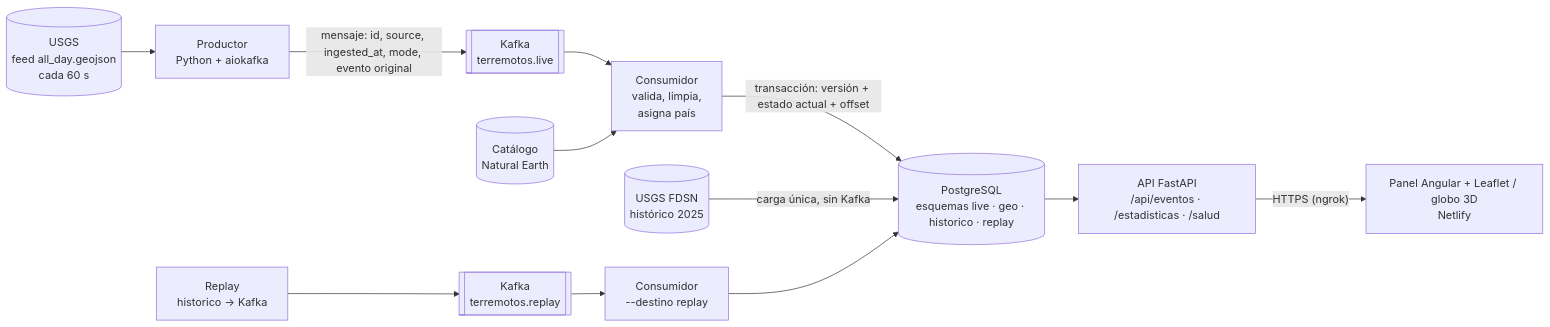
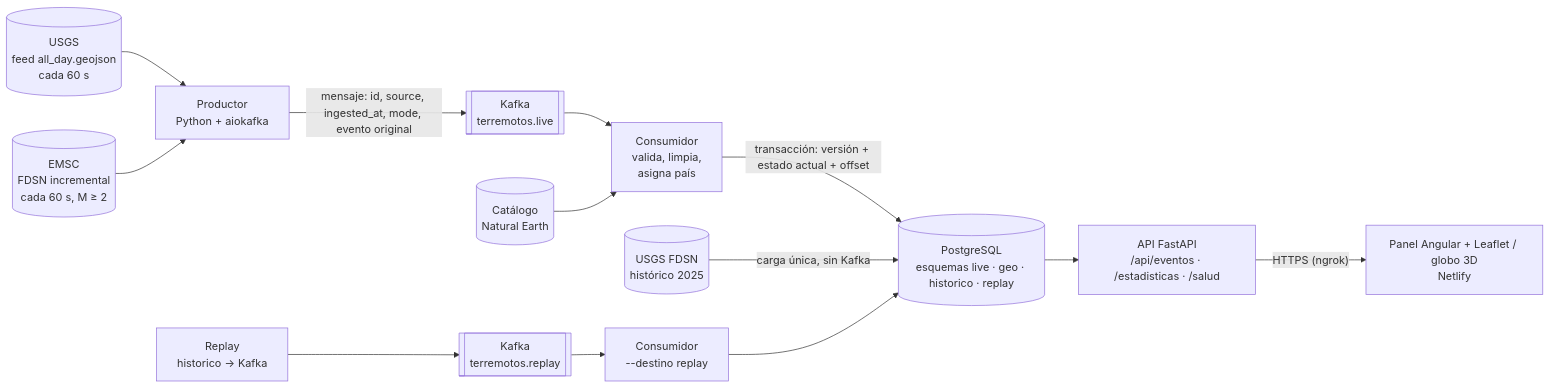
Before and after one commit to guilleodev/observatorio-sismico: the first of 3 diagrams in docs/entrega/memoria.md, drawn with Mermaid. The commit also changed other lines of this file and 49 other files, not shown here.

````diff
--- a/docs/entrega/memoria.md
+++ b/docs/entrega/memoria.md
@@ -63,12 +64,13 @@
 ```mermaid
 flowchart LR
   USGS[(USGS<br/>feed all_day.geojson<br/>cada 60 s)] --> P[Productor<br/>Python + aiokafka]
+  EMSC[(EMSC<br/>FDSN incremental<br/>cada 60 s, M ≥ 2)] --> P
   P -- "mensaje: id, source, ingested_at, mode, evento original" --> K[[Kafka<br/>terremotos.live]]
   K --> C[Consumidor<br/>valida, limpia,<br/>asigna país]
   GEO[(Catálogo<br/>Natural Earth)] --> C
   C -- "transacción: versión + estado actual + offset" --> PG[(PostgreSQL<br/>esquemas live · geo · historico · replay)]
   FDSN[(USGS FDSN<br/>histórico 2025)] -- "carga única, sin Kafka" --> PG
   PG --> API[API FastAPI<br/>/api/eventos · /estadisticas · /salud]
   API -- "HTTPS (ngrok)" --> UI[Panel Angular + Leaflet / globo 3D<br/>Netlify]
   R[Replay<br/>historico → Kafka] --> K2[[Kafka<br/>terremotos.replay]] --> C2[Consumidor<br/>--destino replay] --> PG
 ```
````
